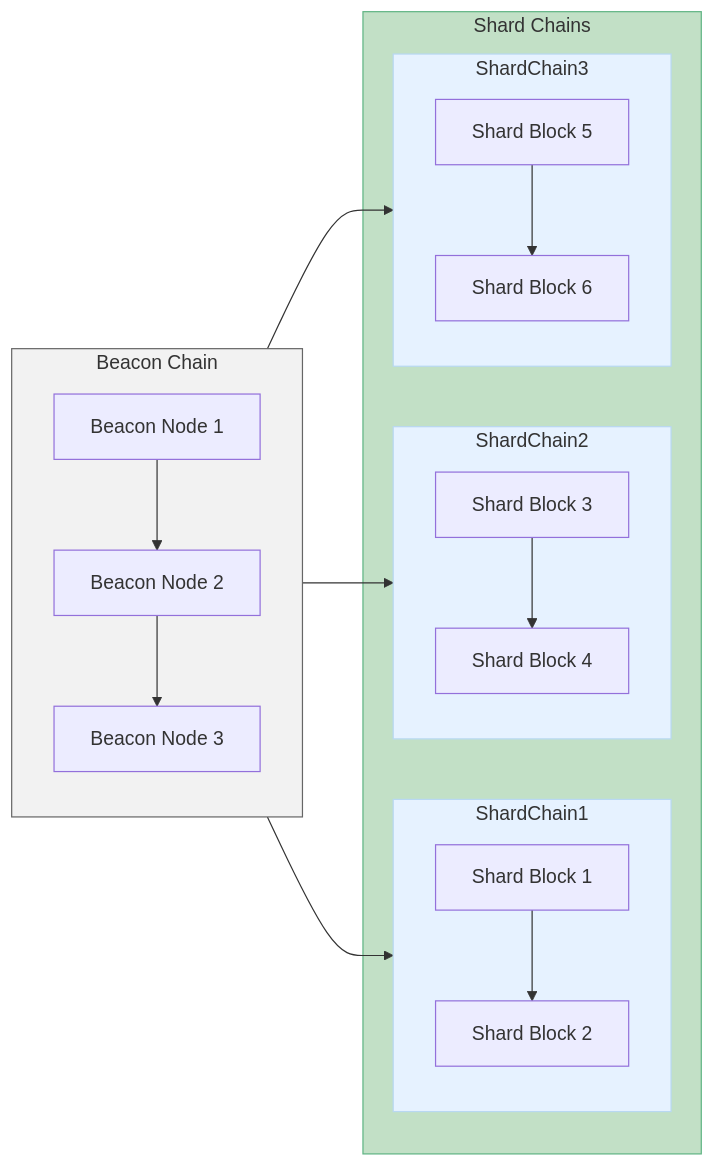
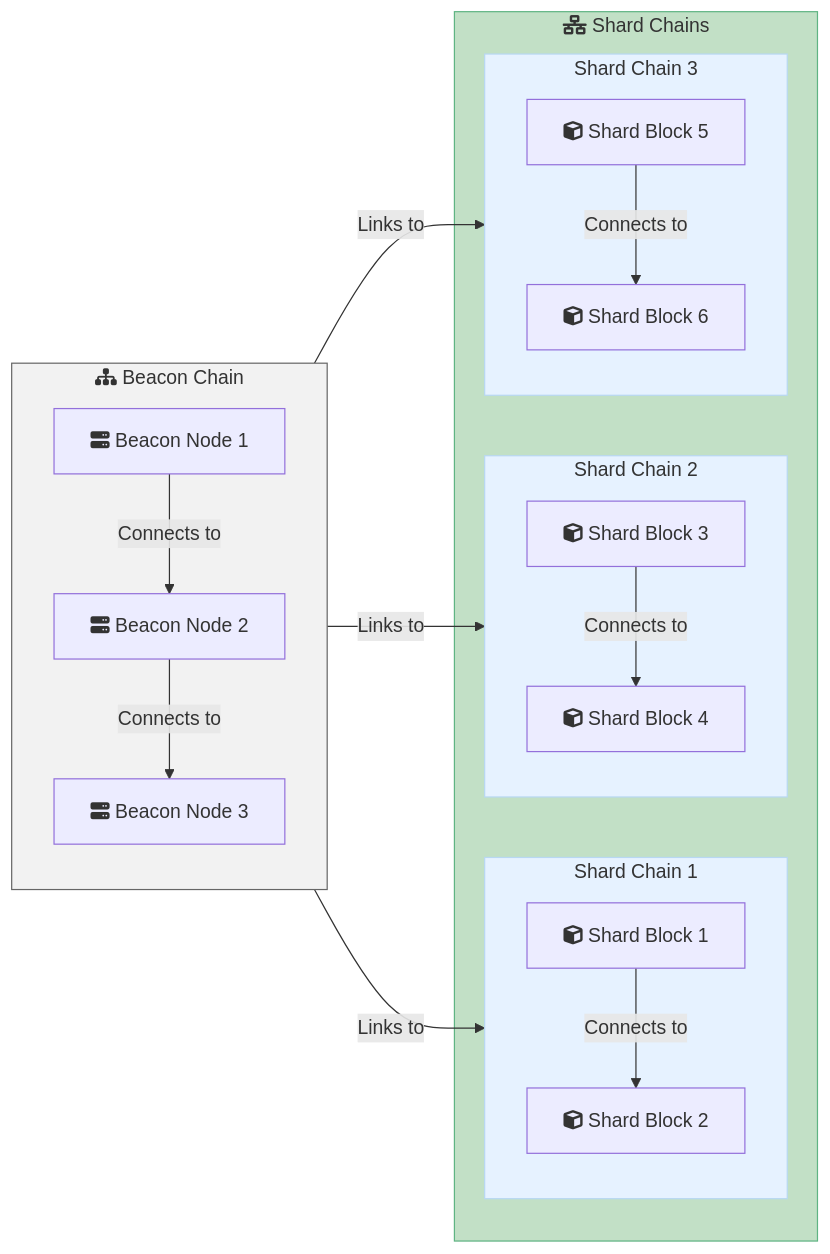
One commit to kelvin-bz/blog changed diagram 25 of 25 in _posts/2024-07-06-blockchain-for-dummies.md. Above: the diagram before and after it, drawn with Mermaid. The commit also changed other lines of this file and 1 other file, not shown here.

````diff
--- a/_posts/2024-07-06-blockchain-for-dummies.md
+++ b/_posts/2024-07-06-blockchain-for-dummies.md
@@ -997,43 +1000,44 @@
 ```mermaid
 graph LR
-    subgraph BeaconChain["Beacon Chain"]
-        style BeaconChain fill:#F2F2F2,stroke:#666666
-        BeaconNode1["Beacon Node 1"]
-        BeaconNode2["Beacon Node 2"]
-        BeaconNode3["Beacon Node 3"]
-        BeaconNode1 --> BeaconNode2
-        BeaconNode2 --> BeaconNode3
+    subgraph beaconChain["fa:fa-sitemap Beacon Chain"]
+        style beaconChain fill:#F2F2F2,stroke:#666666
+        beaconNode1["fa:fa-server Beacon Node 1"]
+        beaconNode2["fa:fa-server Beacon Node 2"]
+        beaconNode3["fa:fa-server Beacon Node 3"]
+        beaconNode1 --> |"Connects to"|beaconNode2
+        beaconNode2 --> |"Connects to"|beaconNode3
     end
 
-    subgraph ShardChains["Shard Chains"]
-        style ShardChains fill:#C2E0C6,stroke:#5FB483
-        ShardChain1["Shard Chain 1"]
-        ShardChain2["Shard Chain 2"]
-        ShardChain3["Shard Chain 3"]
+    subgraph shardChains["fa:fa-network-wired Shard Chains"]
+        style shardChains fill:#C2E0C6,stroke:#5FB483
+        shardChain1["fa:fa-link Shard Chain 1"]
+        shardChain2["fa:fa-link Shard Chain 2"]
+        shardChain3["fa:fa-link Shard Chain 3"]
     end
 
-    BeaconChain --> ShardChain1
-    BeaconChain --> ShardChain2
-    BeaconChain --> ShardChain3
+    beaconChain --> |"Links to"|shardChain1
+    beaconChain --> |"Links to"|shardChain2
+    beaconChain --> |"Links to"|shardChain3
 
-    subgraph ShardChain1
-        style ShardChain1 fill:#E6F2FF,stroke:#B8D8F2
-        ShardBlock1["Shard Block 1"]
-        ShardBlock2["Shard Block 2"]
-        ShardBlock1 --> ShardBlock2
+    subgraph shardChain1["Shard Chain 1"]
+        style shardChain1 fill:#E6F2FF,stroke:#B8D8F2
+        shardBlock1["fa:fa-cube Shard Block 1"]
+        shardBlock2["fa:fa-cube Shard Block 2"]
+        shardBlock1 --> |"Connects to"|shardBlock2
     end
 
-    subgraph ShardChain2
-        style ShardChain2 fill:#E6F2FF,stroke:#B8D8F2
-        ShardBlock3["Shard Block 3"]
-        ShardBlock4["Shard Block 4"]
-        ShardBlock3 --> ShardBlock4
+    subgraph shardChain2["Shard Chain 2"]
+        style shardChain2 fill:#E6F2FF,stroke:#B8D8F2
+        shardBlock3["fa:fa-cube Shard Block 3"]
+        shardBlock4["fa:fa-cube Shard Block 4"]
+        shardBlock3 --> |"Connects to"|shardBlock4
     end
 
-    subgraph ShardChain3
-        style ShardChain3 fill:#E6F2FF,stroke:#B8D8F2
-        ShardBlock5["Shard Block 5"]
-        ShardBlock6["Shard Block 6"]
-        ShardBlock5 --> ShardBlock6
+    subgraph shardChain3["Shard Chain 3"]
+        style shardChain3 fill:#E6F2FF,stroke:#B8D8F2
+        shardBlock5["fa:fa-cube Shard Block 5"]
+        shardBlock6["fa:fa-cube Shard Block 6"]
+        shardBlock5 --> |"Connects to"|shardBlock6
     end
+
 ```
````
